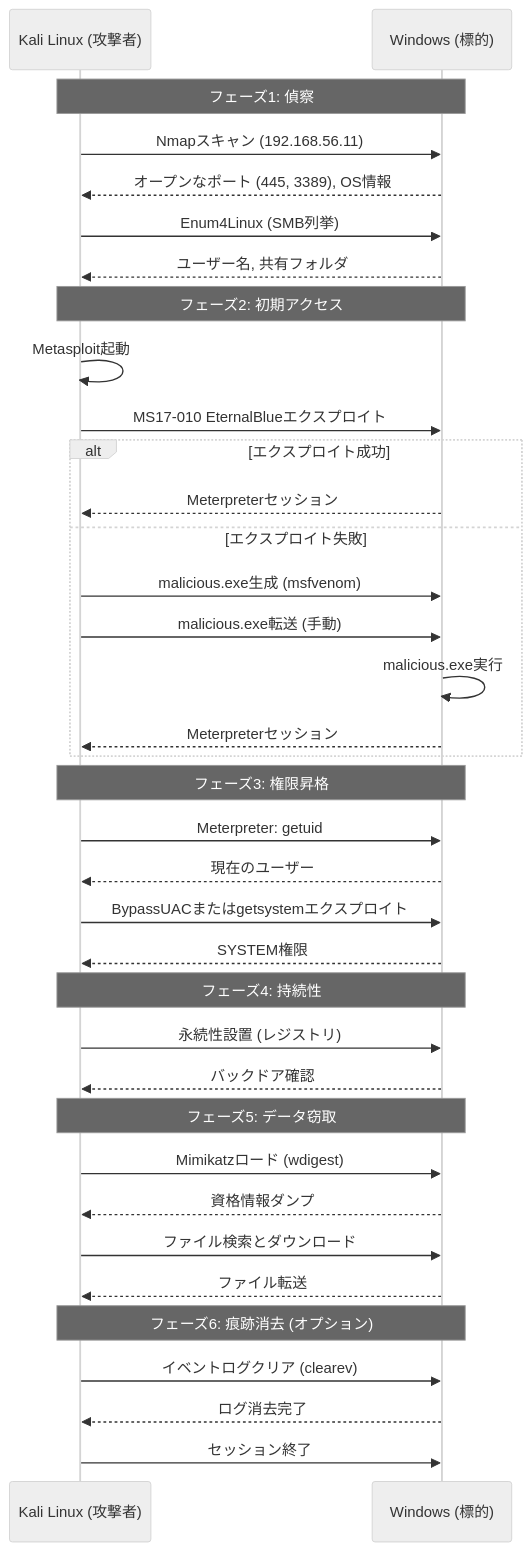
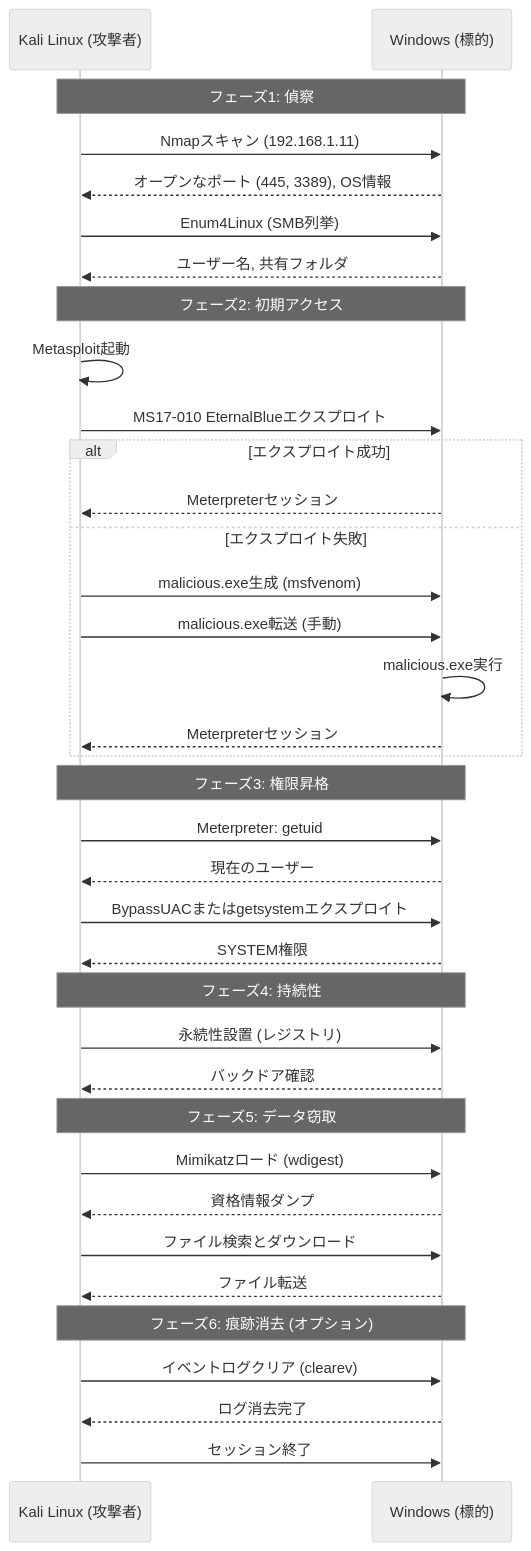
The second of 2 diagrams in README.md (JT-External/apt-demo-explanation), drawn with Mermaid (neutral theme) before and after one commit. The commit also changed other lines of this file, not shown here.

````diff
--- a/README.md
+++ b/README.md
@@ -28,44 +22,44 @@
 ```mermaid
 sequenceDiagram
     participant K as Kali Linux (攻撃者)
     participant W as Windows (標的)
 
     Note over K,W: フェーズ1: 偵察
-    K->>W: Nmapスキャン (192.168.56.11)
+    K->>W: Nmapスキャン (192.168.1.11)
     W-->>K: オープンなポート (445, 3389), OS情報
     K->>W: Enum4Linux (SMB列挙)
     W-->>K: ユーザー名, 共有フォルダ
 
     Note over K,W: フェーズ2: 初期アクセス
     K->>K: Metasploit起動
     K->>W: MS17-010 EternalBlueエクスプロイト
     alt エクスプロイト成功
         W-->>K: Meterpreterセッション
     else エクスプロイト失敗
         K->>W: malicious.exe生成 (msfvenom)
         K->>W: malicious.exe転送 (手動)
         W->>W: malicious.exe実行
         W-->>K: Meterpreterセッション
     end
 
     Note over K,W: フェーズ3: 権限昇格
     K->>W: Meterpreter: getuid
     W-->>K: 現在のユーザー
     K->>W: BypassUACまたはgetsystemエクスプロイト
     W-->>K: SYSTEM権限
 
     Note over K,W: フェーズ4: 持続性
     K->>W: 永続性設置 (レジストリ)
     W-->>K: バックドア確認
 
     Note over K,W: フェーズ5: データ窃取
     K->>W: Mimikatzロード (wdigest)
     W-->>K: 資格情報ダンプ
     K->>W: ファイル検索とダウンロード
     W-->>K: ファイル転送
 
     Note over K,W: フェーズ6: 痕跡消去 (オプション)
     K->>W: イベントログクリア (clearev)
     W-->>K: ログ消去完了
     K->>W: セッション終了
 ```
````
